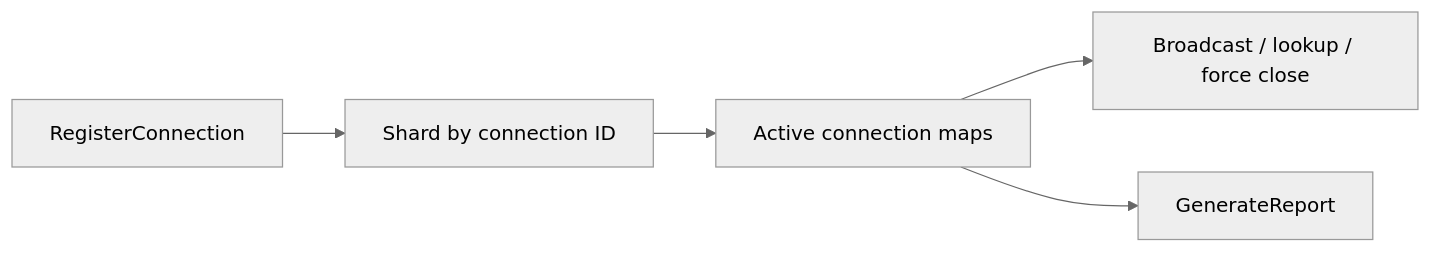
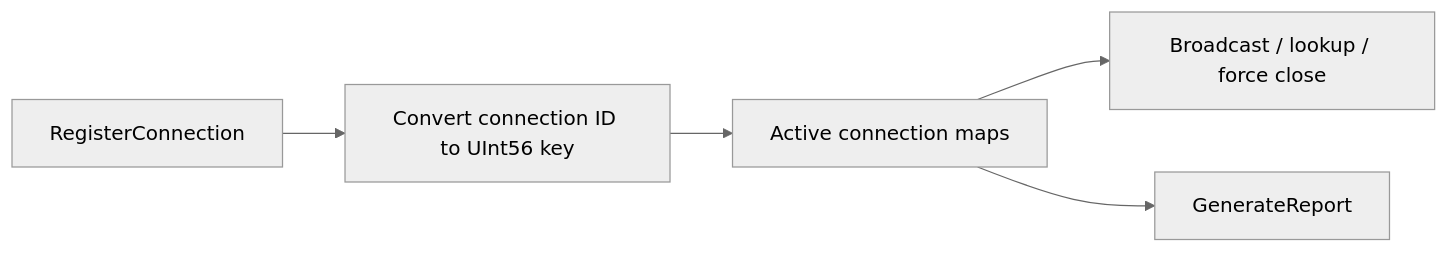
The diagram in docs/api/network/connection/connection-hub.md (ppn-systems/nalix-docs), drawn with Mermaid (neutral theme) before and after one commit. The commit also changed other lines of this file and 7 other files, not shown here.

````diff
--- a/docs/api/network/connection/connection-hub.md
+++ b/docs/api/network/connection/connection-hub.md
@@ -10,7 +10,7 @@
 ```mermaid
 flowchart LR
-    A["RegisterConnection"] --> B["Shard by connection ID"]
+    A["RegisterConnection"] --> B["Convert connection ID to UInt56 key"]
     B --> C["Active connection maps"]
     C --> E["Broadcast / lookup / force close"]
     C --> F["GenerateReport"]
 ```
````
